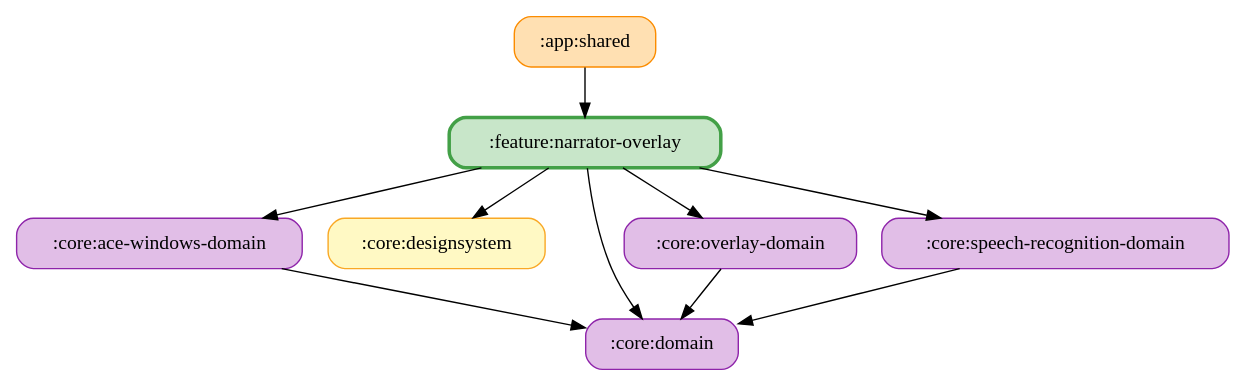
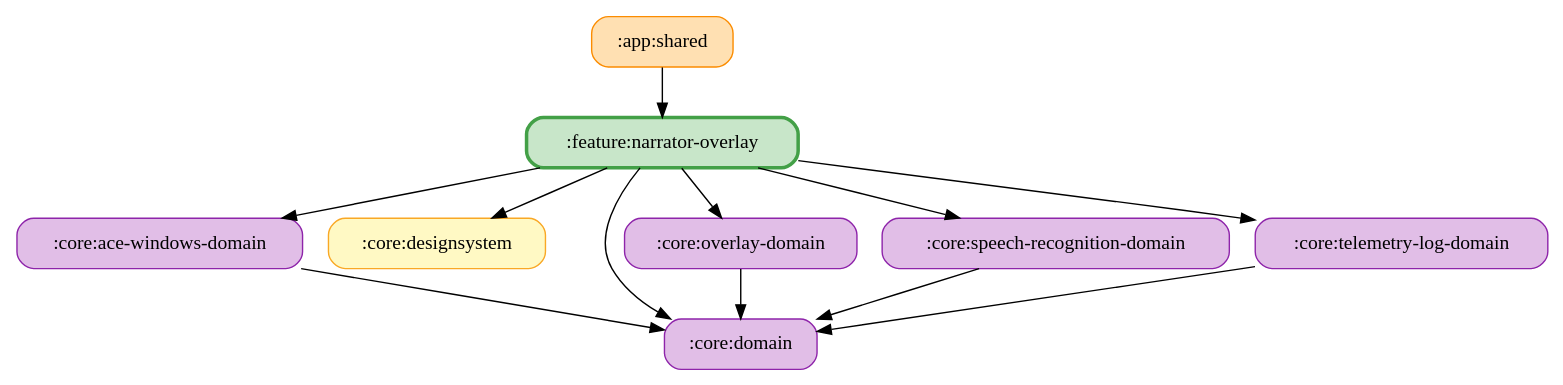
One commit to ai-kurou/KoDriver changed the diagram in docs/graphs/feature-narrator-overlay.gv. Above: the diagram before and after it, drawn with Graphviz. The commit also changed 43 other files, not shown here.

Commit message:
chore: update module graph images

```diff
--- a/docs/graphs/feature-narrator-overlay.gv
+++ b/docs/graphs/feature-narrator-overlay.gv
@@ -1,20 +1,23 @@
 digraph G {
   rankdir=TB
   node [shape=box, style="rounded,filled"]
   ":app:shared" [fillcolor="#FFE0B2", color="#FB8C00", penwidth=1]
   ":core:ace-windows-domain" [fillcolor="#E1BEE7", color="#8E24AA", penwidth=1]
   ":core:designsystem" [fillcolor="#FFF9C4", color="#F9A825", penwidth=1]
   ":core:domain" [fillcolor="#E1BEE7", color="#8E24AA", penwidth=1]
   ":core:overlay-domain" [fillcolor="#E1BEE7", color="#8E24AA", penwidth=1]
   ":core:speech-recognition-domain" [fillcolor="#E1BEE7", color="#8E24AA", penwidth=1]
+  ":core:telemetry-log-domain" [fillcolor="#E1BEE7", color="#8E24AA", penwidth=1]
   ":feature:narrator-overlay" [fillcolor="#C8E6C9", color="#43A047", penwidth=2.5]
   ":app:shared" -> ":feature:narrator-overlay"
   ":core:ace-windows-domain" -> ":core:domain"
   ":core:overlay-domain" -> ":core:domain"
   ":core:speech-recognition-domain" -> ":core:domain"
+  ":core:telemetry-log-domain" -> ":core:domain"
   ":feature:narrator-overlay" -> ":core:domain"
   ":feature:narrator-overlay" -> ":core:designsystem"
   ":feature:narrator-overlay" -> ":core:overlay-domain"
+  ":feature:narrator-overlay" -> ":core:telemetry-log-domain"
   ":feature:narrator-overlay" -> ":core:speech-recognition-domain"
   ":feature:narrator-overlay" -> ":core:ace-windows-domain"
 }
```
